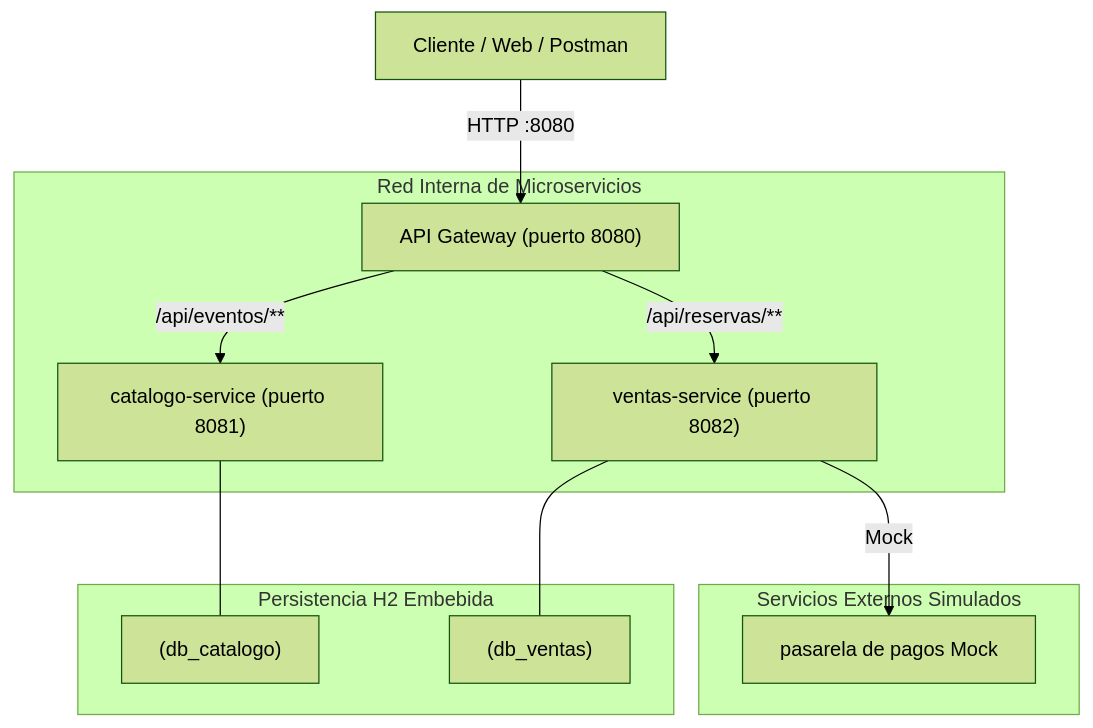
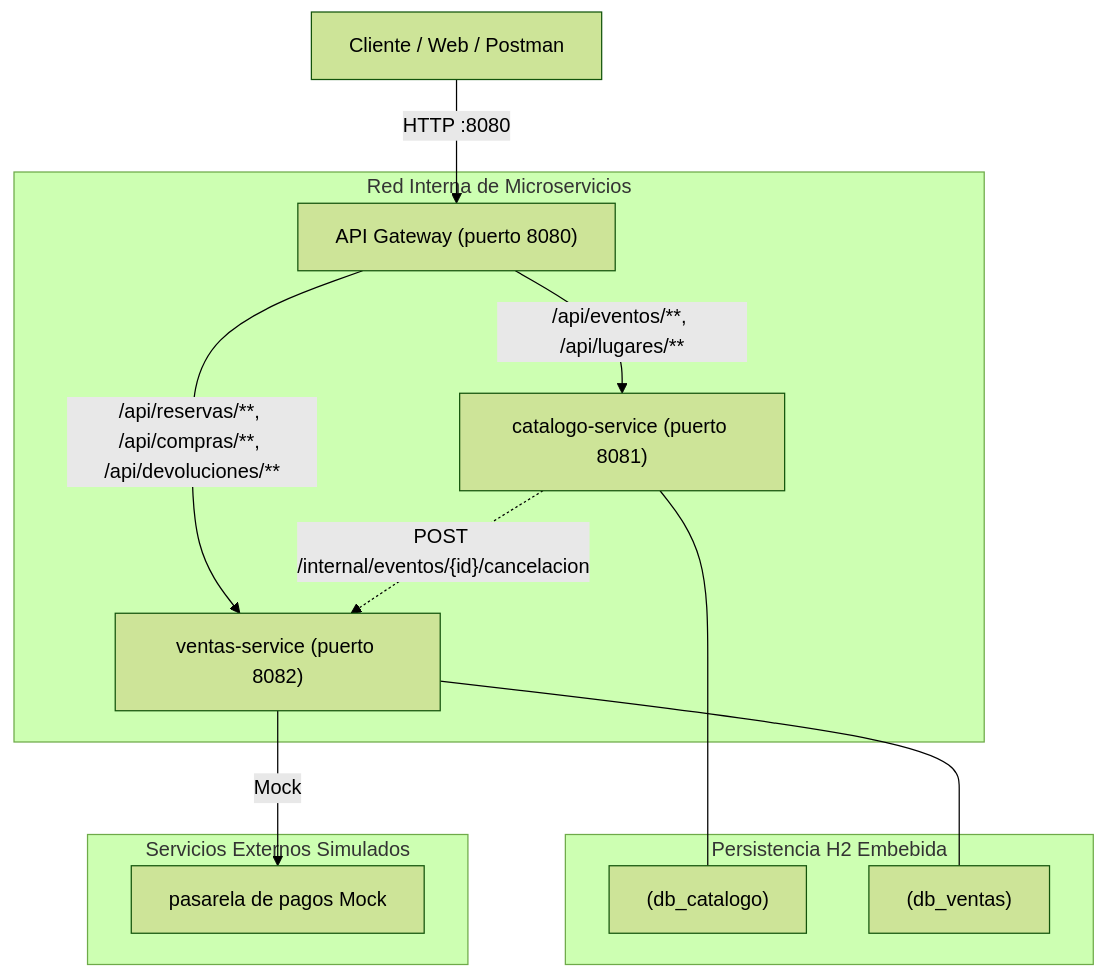
The diagram in README.md (BrandonPenna/GrupoArqui), drawn with Mermaid (forest theme) before and after one commit. The commit also changed other lines of this file and 11 other files, not shown here.

````diff
--- a/README.md
+++ b/README.md
@@ -11,18 +11,19 @@
 ```mermaid
 graph TD
     Client["Cliente / Web / Postman"] -->|HTTP :8080| Gateway["API Gateway (puerto 8080)"]
 
     subgraph RedInterna ["Red Interna de Microservicios"]
-        Gateway -->|/api/eventos/**| CatService["catalogo-service (puerto 8081)"]
-        Gateway -->|/api/reservas/**| VenService["ventas-service (puerto 8082)"]
+        Gateway -->|"/api/eventos/**, /api/lugares/**"| CatService["catalogo-service (puerto 8081)"]
+        Gateway -->|"/api/reservas/**, /api/compras/**, /api/devoluciones/**"| VenService["ventas-service (puerto 8082)"]
+        CatService -.->|"POST /internal/eventos/{id}/cancelacion"| VenService
     end
 
     subgraph BasesDatos ["Persistencia H2 Embebida"]
         CatService --- DBCat["(db_catalogo)"]
         VenService --- DBVen["(db_ventas)"]
     end
 
     subgraph Externos ["Servicios Externos Simulados"]
         VenService -->|Mock| Pasarela["pasarela de pagos Mock"]
     end
 ```
````
